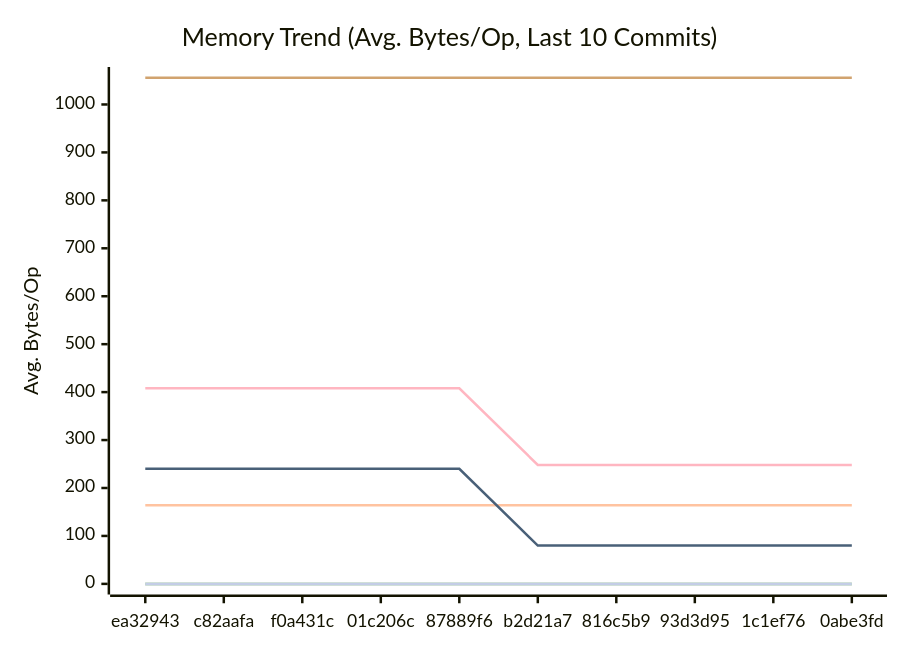
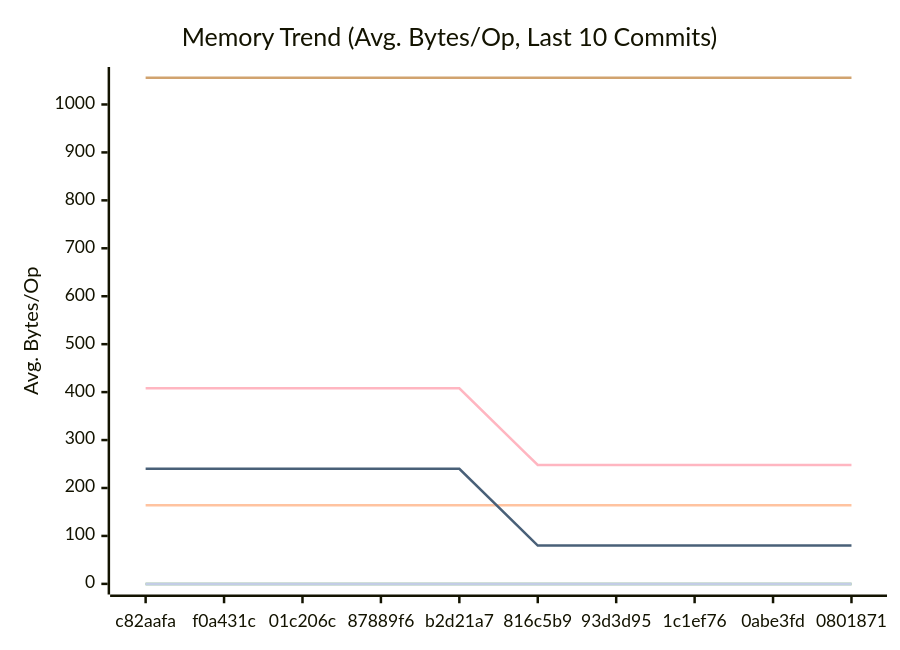
One commit to alsotoes/momo changed the second of 3 diagrams in docs/PERFORMANCE.md. Above: the diagram before and after it, drawn with Mermaid. The commit also changed other lines of this file and 2 other files, not shown here.

````diff
--- a/docs/PERFORMANCE.md
+++ b/docs/PERFORMANCE.md
@@ -97,16 +97,16 @@
 ```mermaid
 xychart-beta
     title "Memory Trend (Avg. Bytes/Op, Last 10 Commits)"
     x-axis "Commit"
     y-axis "Avg. Bytes/Op"
-    x-axis [ea32943,c82aafa,f0a431c,01c206c,87889f6,b2d21a7,816c5b9,93d3d95,1c1ef76,0abe3fd]
+    x-axis [c82aafa,f0a431c,01c206c,87889f6,b2d21a7,816c5b9,93d3d95,1c1ef76,0abe3fd,0801871]
     line "CheckMetricsAndSwap" [0,0,0,0,0,0,0,0,0,0]
     line "CrushOptimized" [0,0,0,0,0,0,0,0,0,0]
     line "CrushOriginal" [164,164,164,164,164,164,164,164,164,164]
     line "IndexDirectTracking" [0,0,0,0,0,0,0,0,0,0]
     line "IndexSearch" [0,0,0,0,0,0,0,0,0,0]
     line "LoadGlobalConfig" [1056,1056,1056,1056,1056,1056,1056,1056,1056,1056]
     line "PadString" [0,0,0,0,0,0,0,0,0,0]
     line "ParseReplicationOrder_NoPrealloc" [408,408,408,408,408,248,248,248,248,248]
     line "ParseReplicationOrder_Prealloc" [240,240,240,240,240,80,80,80,80,80]
 ```
````
